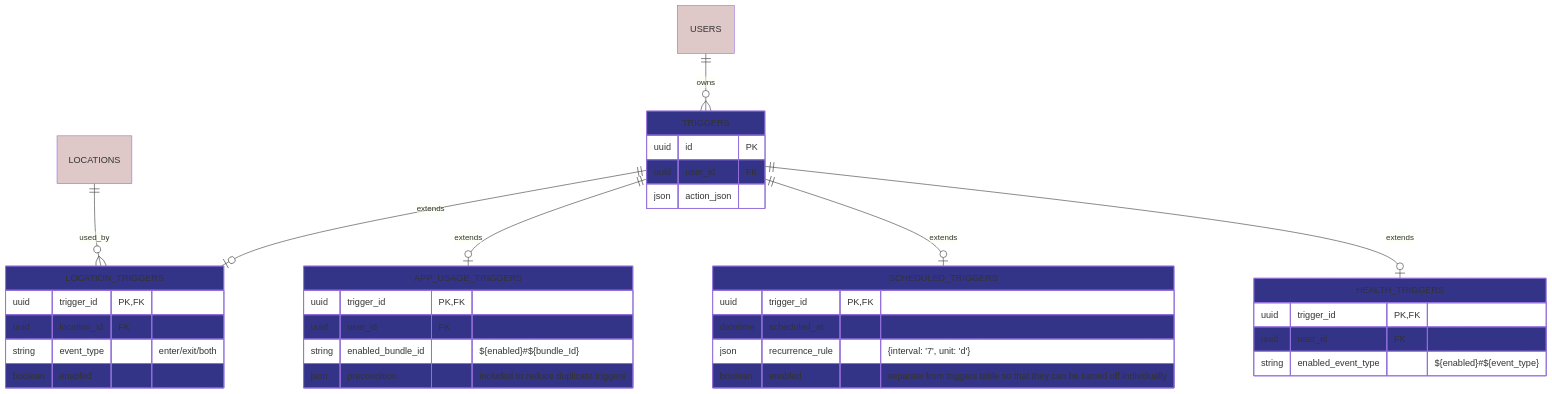
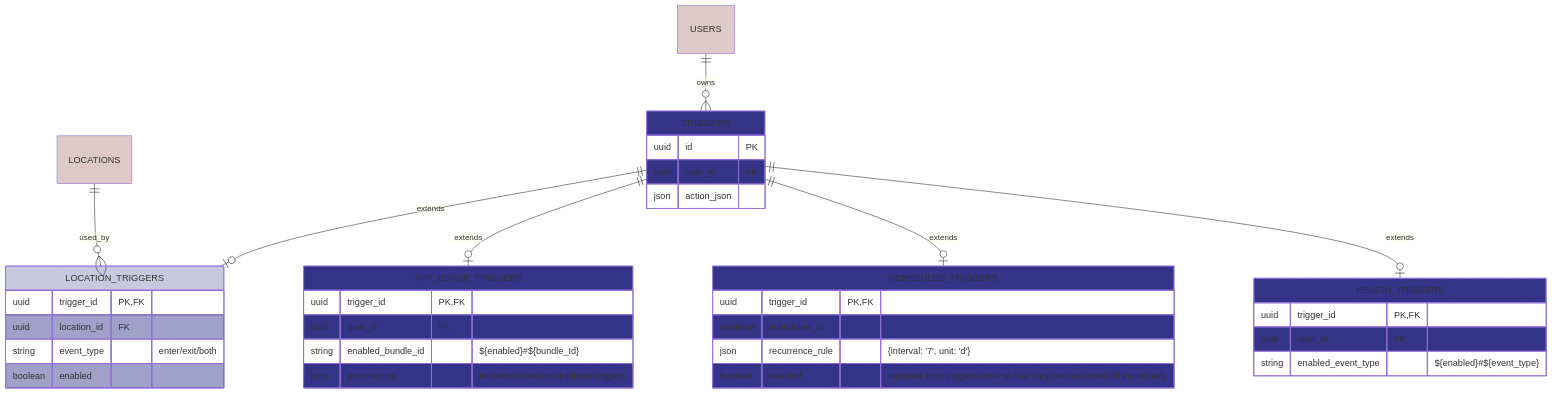
The fourth of 4 diagrams in backend/docs/erdiagram.md (hadiahmad06/jiko), drawn with Mermaid before and after one commit. The commit also changed other lines of this file and 42 other files, not shown here.

Commit message:
[opencode] [qwen3-coder] [4o] backend: db: changed GSI's for triggers; location: implemented enter / exit / both type triggers, caching previous locations allowing trigger on exit; vitest: created unit and integration tests for /sync/location

````diff
--- a/backend/docs/erdiagram.md
+++ b/backend/docs/erdiagram.md
@@ -237,62 +236,62 @@
 ```mermaid
 erDiagram
 
     LOCATIONS:::postgres
     USERS:::postgres
 
     TRIGGERS:::dynamodb_ {
         uuid id PK
         uuid user_id FK
         json action_json
     }
 
     SCHEDULED_TRIGGERS:::dynamodb_ {
         uuid trigger_id PK, FK
         datetime scheduled_at
         json recurrence_rule "{interval: '7', unit: 'd'}"
         boolean enabled "separate from triggers table so that they can be turned off individually"
     }
 
     %% include user_id beacuse it makes the query faster since its based on sync updates.
-    LOCATION_TRIGGERS:::dynamodb_ {
+    LOCATION_TRIGGERS:::dynamodb {
         uuid trigger_id PK, FK
         uuid location_id FK
         string event_type "enter/exit/both"
         boolean enabled
     }
 
     APP_USAGE_TRIGGERS:::dynamodb_ {
         uuid trigger_id PK, FK
         uuid user_id FK
         string enabled_bundle_id "${enabled}#${bundle_Id}"
         json precondition "included to reduce duplicate triggers"
     }
 
     HEALTH_TRIGGERS:::dynamodb_ {
         uuid trigger_id PK, FK
         uuid user_id FK 
         string enabled_event_type "${enabled}#${event_type}"
     }
 
     %%USERS ||--o{ ACTIONS : "owns"
     %%USERS ||--o{ CONDITIONS : "owns"
     USERS ||--o{ TRIGGERS : "owns"
 
     %%ACTIONS ||--o{ TRIGGERS : "used_by"
     %%CONDITIONS ||--o{ TRIGGERS : "used_by"
     LOCATIONS ||--o{ LOCATION_TRIGGERS : "used_by"
 
     TRIGGERS ||--o| LOCATION_TRIGGERS : "extends"
     TRIGGERS ||--o| APP_USAGE_TRIGGERS : "extends"
     TRIGGERS ||--o| SCHEDULED_TRIGGERS : "extends"
     TRIGGERS ||--o| HEALTH_TRIGGERS : "extends"
 
     %%CONDITIONS ||--o| NESTED_CONDITIONS : "extends"
     %%NESTED_CONDITIONS ||--o| NESTED_CONDITIONS : "uses"
 
 
     classDef postgres fill:#8334
     classDef dynamodb fill:#3384
     classDef postgres_ fill:#833
     classDef dynamodb_ fill:#338
 ```
````
